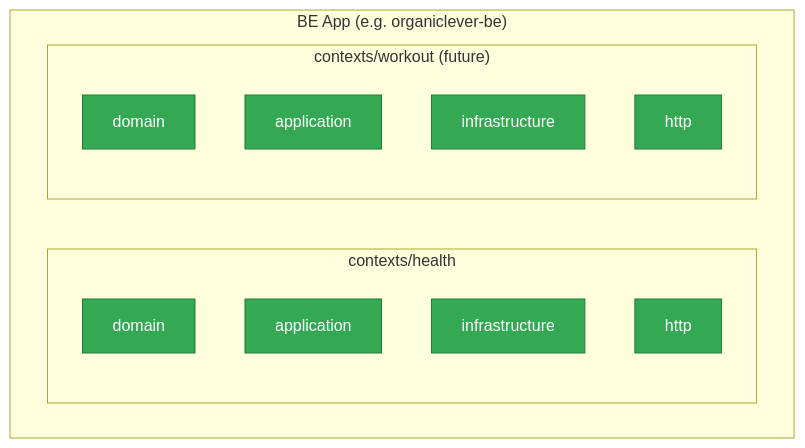
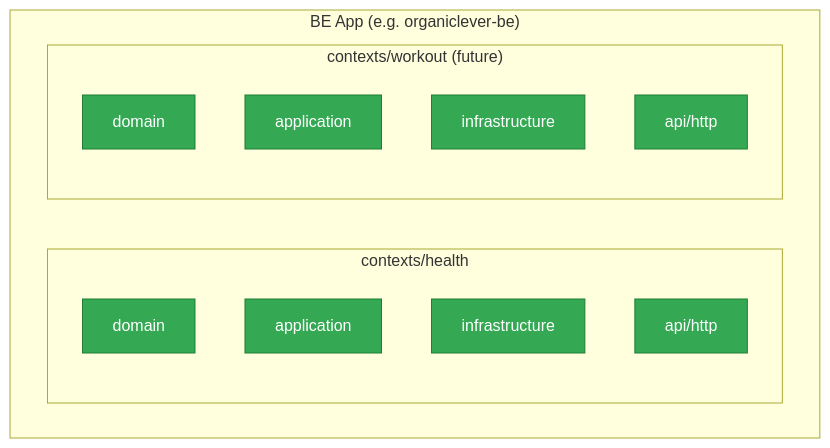
The second of 2 diagrams in plans/in-progress/adopt-hexagonal-ddd-architecture/tech-docs.md (wahidyankf/baseerah), drawn with Mermaid before and after one commit. The commit also changed other lines of this file and 2 other files, not shown here.

First line of the commit message:
refactor(plans): rename BE inbound layer from http/ to api/http/

````diff
--- a/plans/in-progress/adopt-hexagonal-ddd-architecture/tech-docs.md
+++ b/plans/in-progress/adopt-hexagonal-ddd-architecture/tech-docs.md
@@ -34,20 +34,20 @@
 ```mermaid
 flowchart TD
   classDef ctx fill:#4E9AF1,stroke:#2563EB,color:#fff
   classDef layer fill:#34A853,stroke:#1E7E34,color:#fff
 
   subgraph BE["BE App (e.g. organiclever-be)"]
     subgraph C1["contexts/health"]
       D1[domain]:::layer
       AP1[application]:::layer
       IN1[infrastructure]:::layer
-      H1[http]:::layer
+      H1[api/http]:::layer
     end
     subgraph C2["contexts/workout (future)"]
       D2[domain]:::layer
       AP2[application]:::layer
       IN2[infrastructure]:::layer
-      H2[http]:::layer
+      H2[api/http]:::layer
     end
   end
 ```
````
